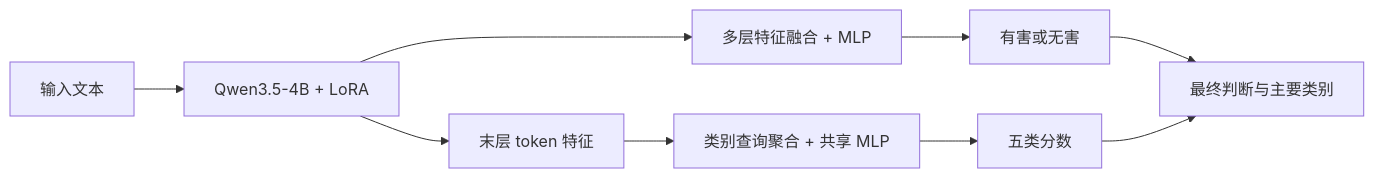
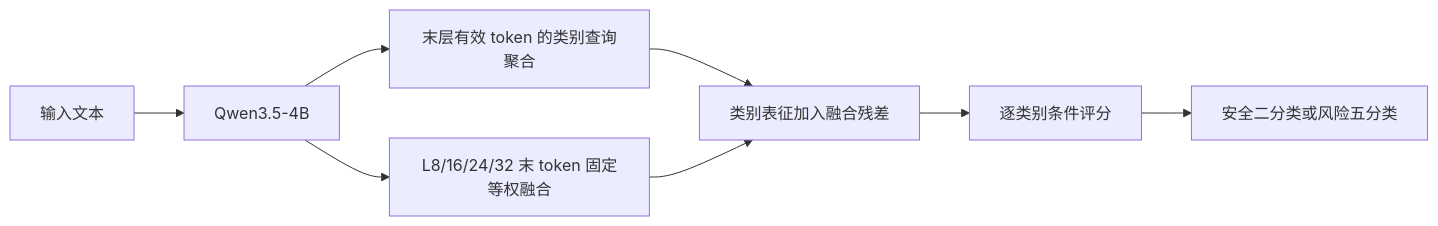
The diagram in README.md (HDURAIN/HanGuard), drawn with Mermaid before and after one commit. The commit also changed other lines of this file and 665 other files, not shown here.

````diff
--- a/README.md
+++ b/README.md
@@ -123,11 +132,10 @@
 ```mermaid
 flowchart LR
-    A[输入文本] --> B[Qwen3.5-4B + LoRA]
-    B --> C[多层特征融合 + MLP]
-    B --> D[末层 token 特征]
-    D --> E[类别查询聚合 + 共享 MLP]
-    C --> F[有害或无害]
-    E --> G[五类分数]
-    F --> H[最终判断与主要类别]
-    G --> H
+    A[输入文本] --> B[Qwen3.5-4B]
+    B --> C[末层有效 token 的类别查询聚合]
+    B --> D[L8/16/24/32 末 token 固定等权融合]
+    C --> E[类别表征加入融合残差]
+    D --> E
+    E --> F[逐类别条件评分]
+    F --> G[安全二分类或风险五分类]
 ```
````
